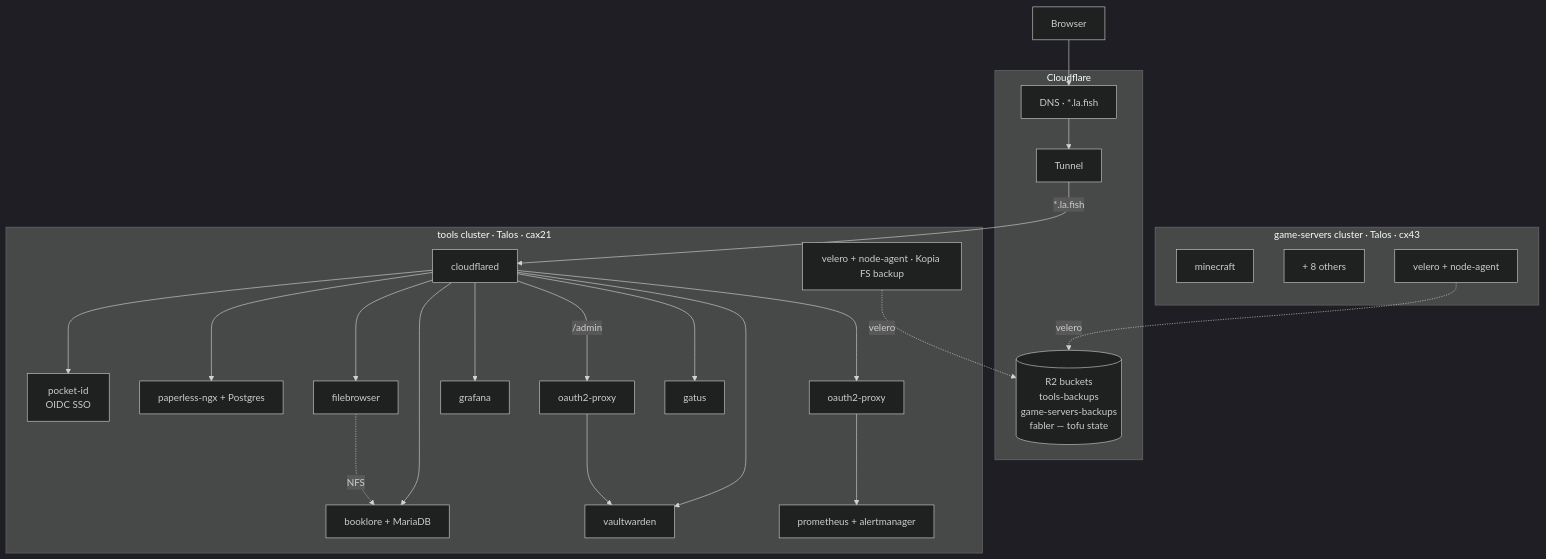
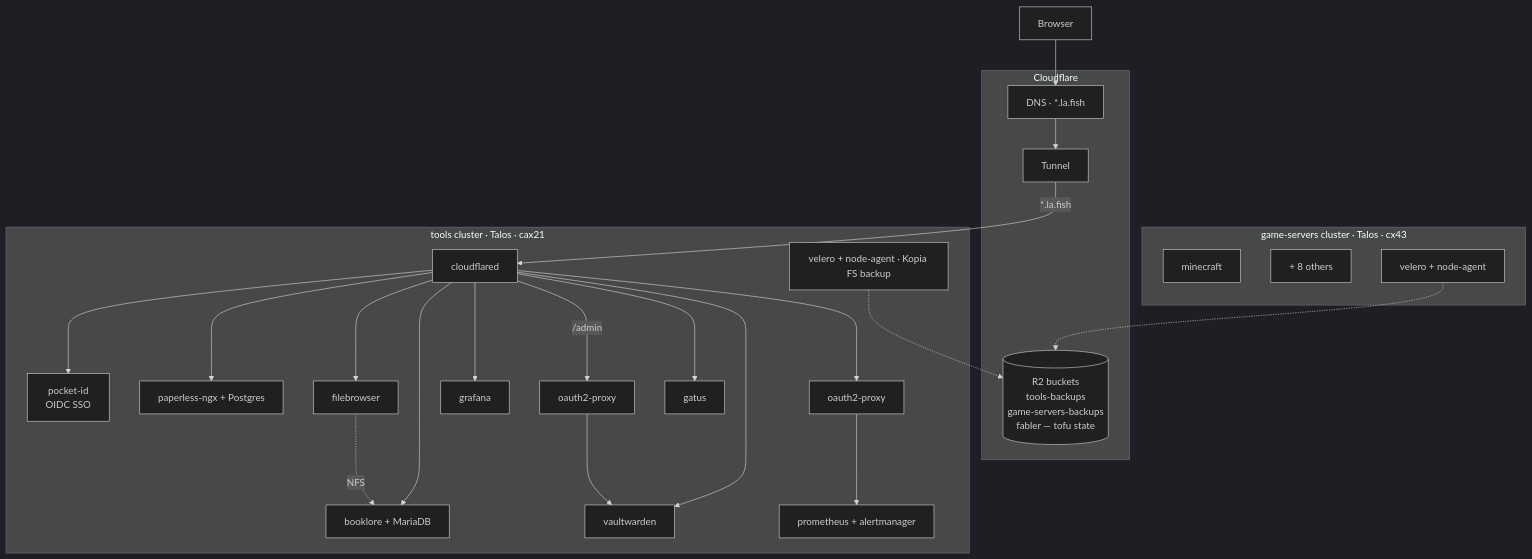
One commit to idarlafish/homelab changed the diagram in README.md. Above: the diagram before and after it, drawn with Mermaid (dark theme). The commit also changed other lines of this file, not shown here.

````diff
--- a/README.md
+++ b/README.md
@@ -11,38 +20,38 @@
 ```mermaid
 flowchart TD
     Browser --> CFDNS
 
     subgraph CF[Cloudflare]
         CFDNS[DNS · *.la.fish]
         CFTUN[Tunnel]
         CFR2[(R2 buckets<br/>tools-backups<br/>game-servers-backups<br/>fabler — tofu state)]
         CFDNS --> CFTUN
     end
 
     subgraph TOOLS[tools cluster · Talos · cax21]
         CFD[cloudflared]
         CFD --> PID[pocket-id<br/>OIDC SSO]
         CFD --> BL[booklore + MariaDB]
         CFD --> PL[paperless-ngx + Postgres]
         CFD --> VW[vaultwarden]
         CFD -->|"/admin"| O2V[oauth2-proxy] --> VW
         CFD --> FB[filebrowser]
         CFD --> GRF[grafana]
         CFD --> O2P[oauth2-proxy] --> PRM[prometheus + alertmanager]
         CFD --> GTS[gatus]
 
         VLR[velero + node-agent · Kopia FS backup]
         FB -. NFS .-> BL
     end
 
     subgraph GAMES[game-servers cluster · Talos · cx43]
         MC[minecraft]
         OTH[+ 8 others]
         VLG[velero + node-agent]
     end
 
     CFTUN -->|*.la.fish| CFD
 
-    VLR -. velero .-> CFR2
-    VLG -. velero .-> CFR2
+    VLR .-> CFR2
+    VLG .-> CFR2
 ```
````
